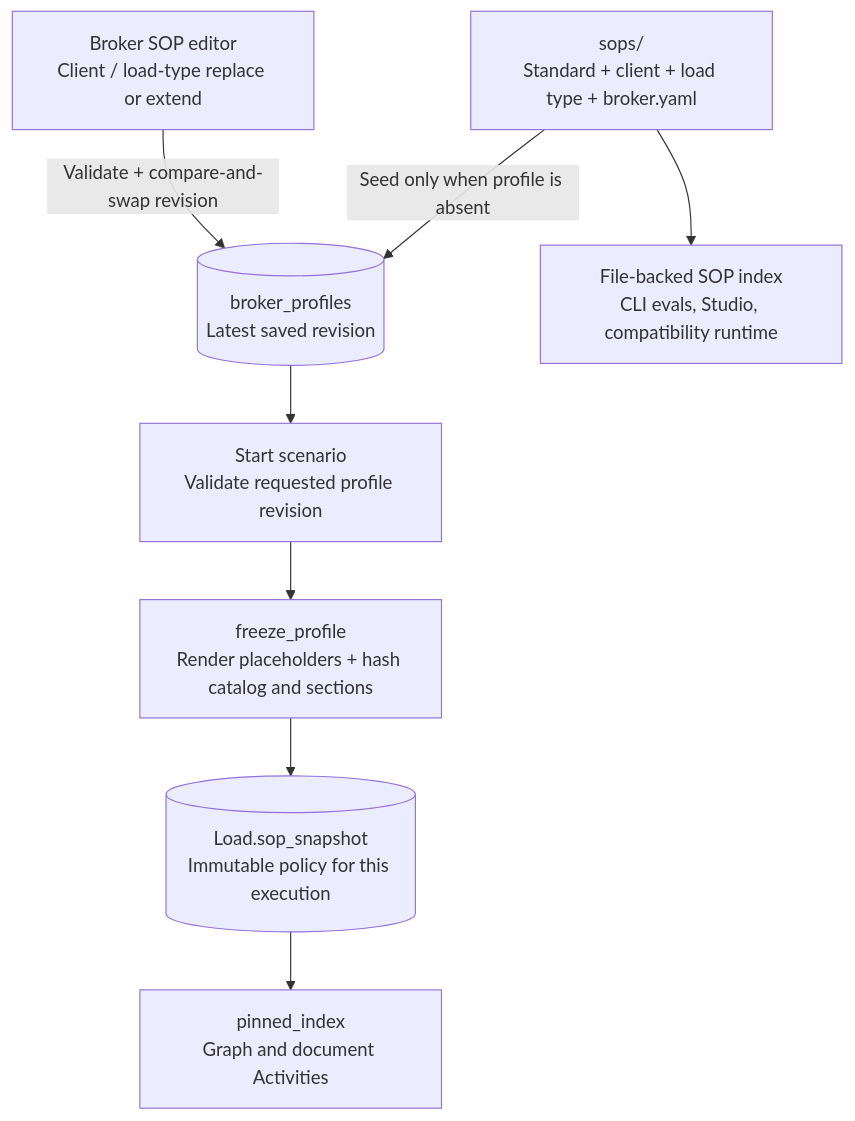
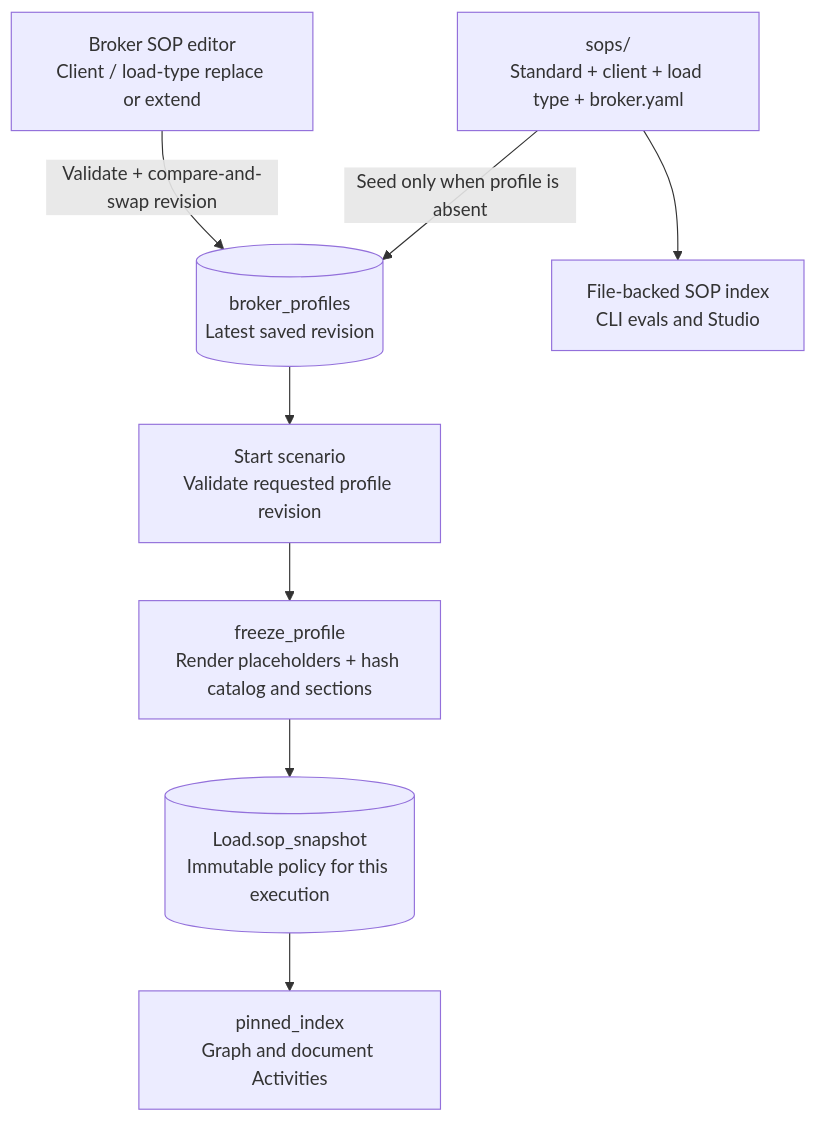
The tenth of 14 diagrams in docs/architecture.md (pedrocwb/freight-hero-assessment), drawn with Mermaid before and after one commit. The commit also changed other lines of this file and 120 other files, not shown here.

````diff
--- a/docs/architecture.md
+++ b/docs/architecture.md
@@ -449,16 +449,16 @@
 ```mermaid
 flowchart TB
   files["sops/<br/>Standard + client + load type + broker.yaml"]
   editor["Broker SOP editor<br/>Client / load-type replace or extend"]
   profiles[("broker_profiles<br/>Latest saved revision")]
   start["Start scenario<br/>Validate requested profile revision"]
   freeze["freeze_profile<br/>Render placeholders + hash catalog and sections"]
   snapshot[("Load.sop_snapshot<br/>Immutable policy for this execution")]
   live["pinned_index<br/>Graph and document Activities"]
-  offline["File-backed SOP index<br/>CLI evals, Studio, compatibility runtime"]
+  offline["File-backed SOP index<br/>CLI evals and Studio"]
 
   files -->|Seed only when profile is absent| profiles
   editor -->|Validate + compare-and-swap revision| profiles
   profiles --> start --> freeze --> snapshot --> live
   files --> offline
 ```
````
